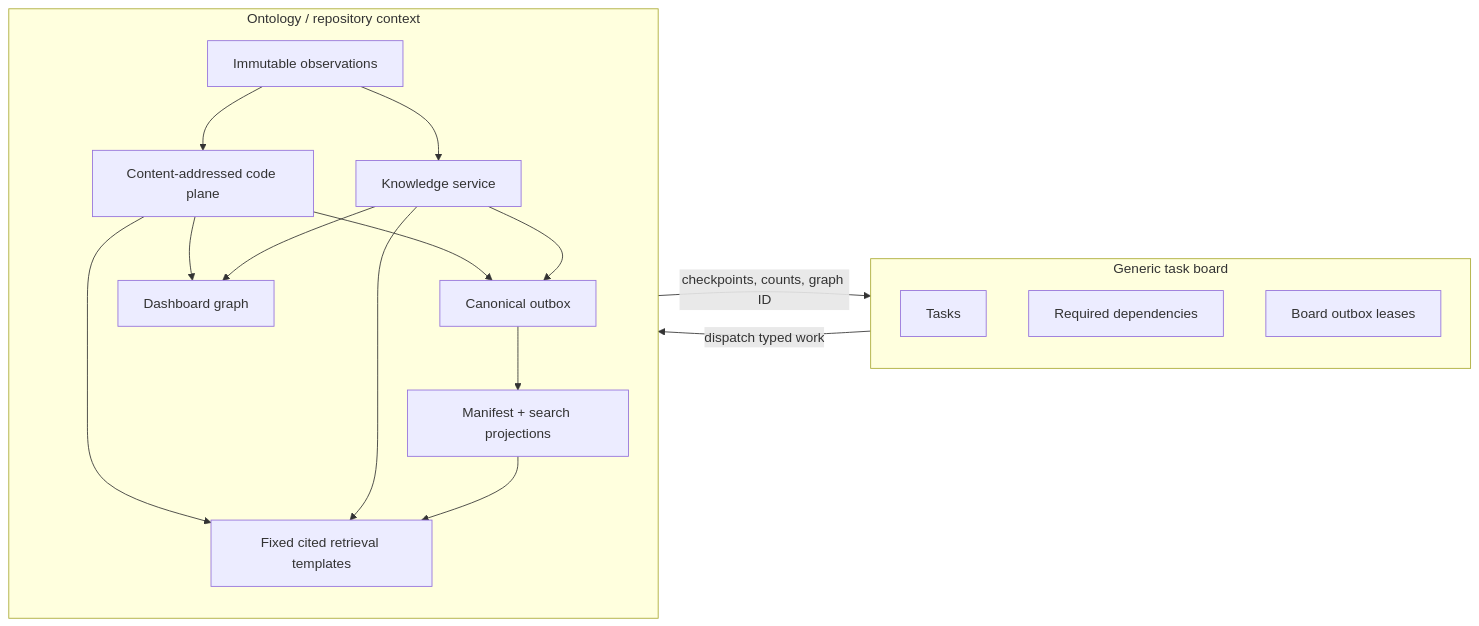
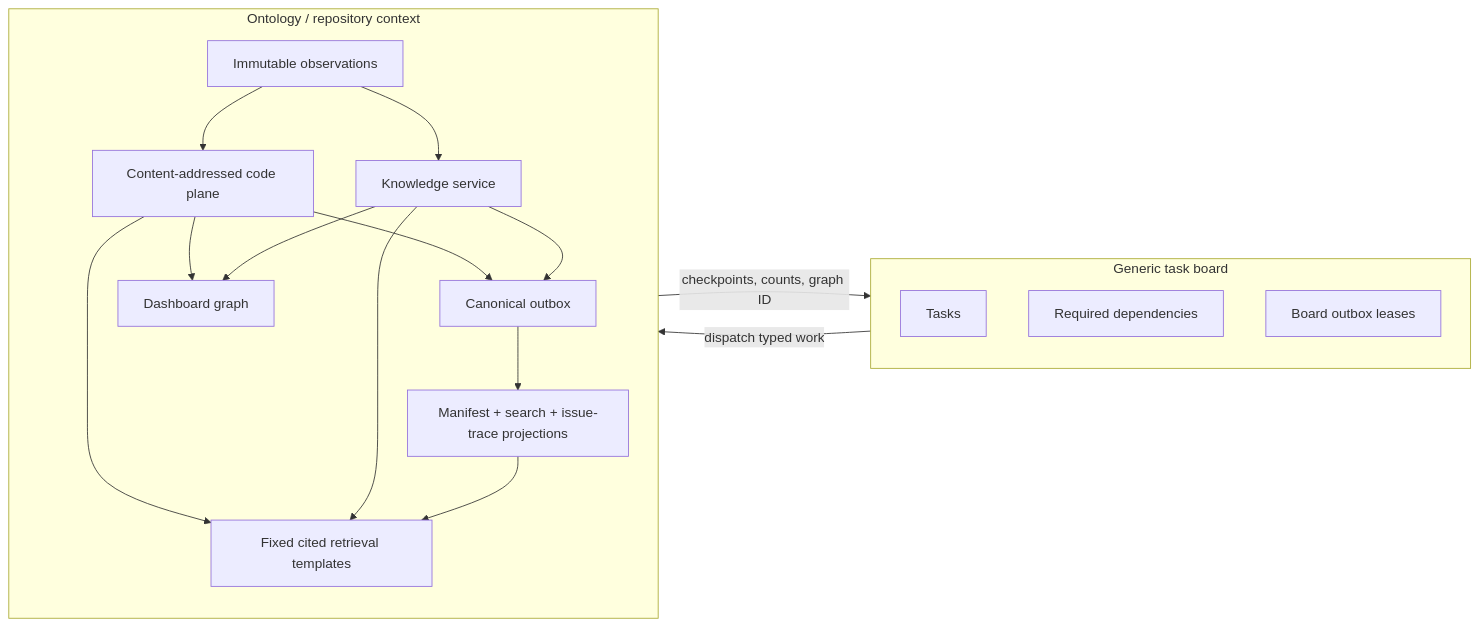
One commit to keon/jina-context-wiki-e2e-20260808 changed the diagram in docs/ONTOLOGY.md. Above: the diagram before and after it, drawn with Mermaid. The commit also changed other lines of this file and 18 other files, not shown here.

````diff
--- a/docs/ONTOLOGY.md
+++ b/docs/ONTOLOGY.md
@@ -19,29 +19,29 @@
 ```mermaid
 flowchart LR
     subgraph Board[Generic task board]
       T[Tasks]
       D[Required dependencies]
       B[Board outbox leases]
     end
     subgraph Context[Ontology / repository context]
       I[Immutable observations]
       C[Content-addressed code plane]
       K[Knowledge service]
       O[Canonical outbox]
-      P[Manifest + search projections]
+      P[Manifest + search + issue-trace projections]
       R[Fixed cited retrieval templates]
       G[Dashboard graph]
       I --> C
       I --> K
       C --> O
       K --> O
       O --> P
       C --> R
       K --> R
       P --> R
       C --> G
       K --> G
     end
     Board -->|dispatch typed work| Context
     Context -->|checkpoints, counts, graph ID| Board
 ```
````
